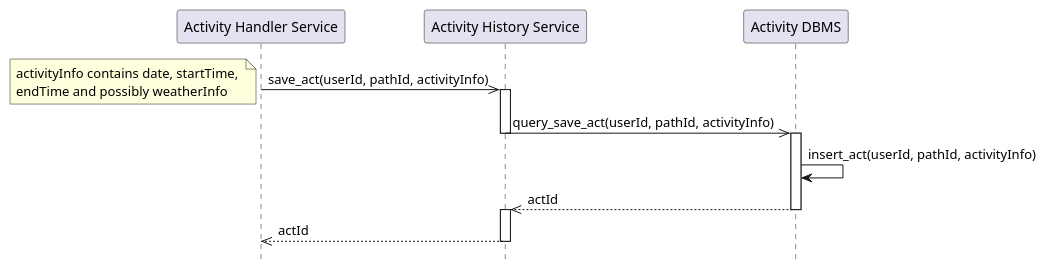
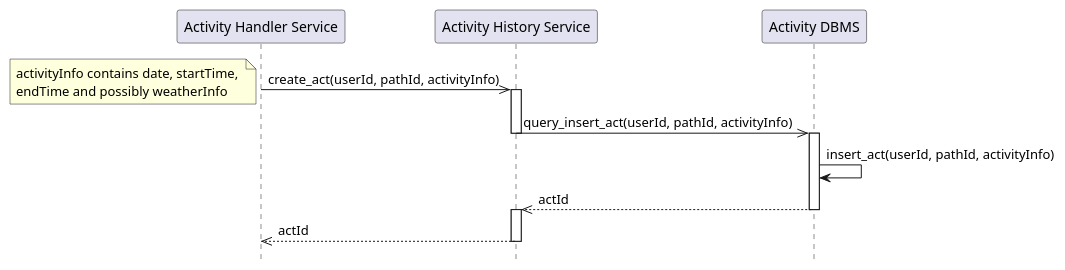
The diagram in diagrams/DD/sequenceDiagram/sd7.2_store_activity.puml (Guflie/PoliMi-SWE2-RDD-project), drawn with PlantUML before and after one commit. The commit also changed 20 other files, not shown here.

```diff
--- a/diagrams/DD/sequenceDiagram/sd7.2_store_activity.puml
+++ b/diagrams/DD/sequenceDiagram/sd7.2_store_activity.puml
@@ -1,25 +1,25 @@
 @startuml sd7-2_store_activity
 hide footbox
 
 participant "Activity Handler Service" as ahs
 participant "Activity History Service" as ah
 participant "Activity DBMS" as dba
 
-ahs ->> ah : save_act(userId, pathId, activityInfo)
+ahs ->> ah : create_act(userId, pathId, activityInfo)
 deactivate ahs
 note left
 activityInfo contains date, startTime, 
 endTime and possibly weatherInfo
 end note
 deactivate ahs
 activate ah 
-ah ->> dba : query_save_act(userId, pathId, activityInfo)
+ah ->> dba : query_insert_act(userId, pathId, activityInfo)
 deactivate ah 
 activate dba
 dba -> dba : insert_act(userId, pathId, activityInfo)
 dba -->> ah : actId
 deactivate dba
 activate ah
 ah -->> ahs : actId
 deactivate ah
 @enduml
```
